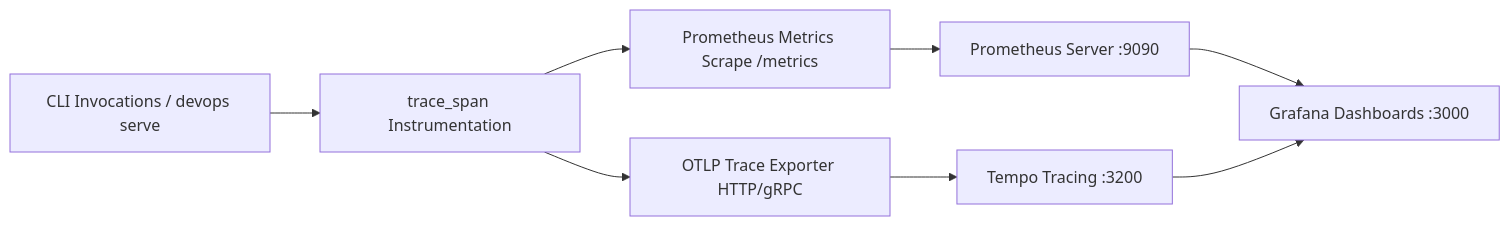
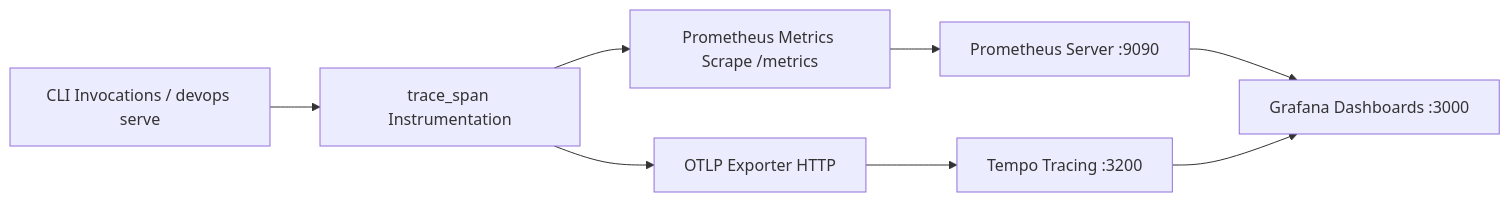
The diagram in src/devops_cli/ai/knowledge_base/devops_cli/tasks/telemetry_and_observability.md (dan-petty/devops-cli), drawn with Mermaid before and after one commit. The commit also changed other lines of this file and 37 other files, not shown here.

````diff
--- a/src/devops_cli/ai/knowledge_base/devops_cli/tasks/telemetry_and_observability.md
+++ b/src/devops_cli/ai/knowledge_base/devops_cli/tasks/telemetry_and_observability.md
@@ -11,10 +11,10 @@
 ```mermaid
 graph LR
     A[CLI Invocations / devops serve] --> B[trace_span Instrumentation]
     B --> C[Prometheus Metrics Scrape /metrics]
-    B --> D[OTLP Trace Exporter HTTP/gRPC]
+    B --> D[OTLP Exporter HTTP]
     C --> E[Prometheus Server :9090]
     D --> F[Tempo Tracing :3200]
     E --> G[Grafana Dashboards :3000]
     F --> G
 ```
````
